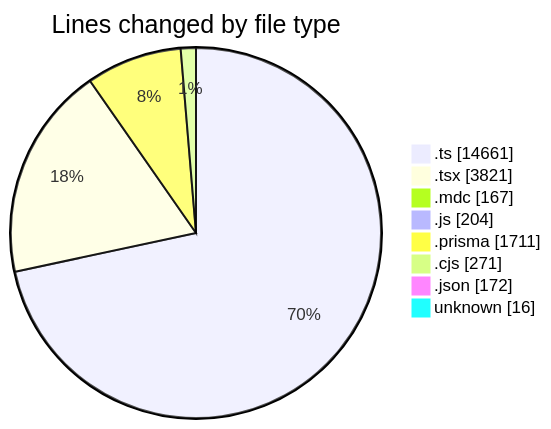
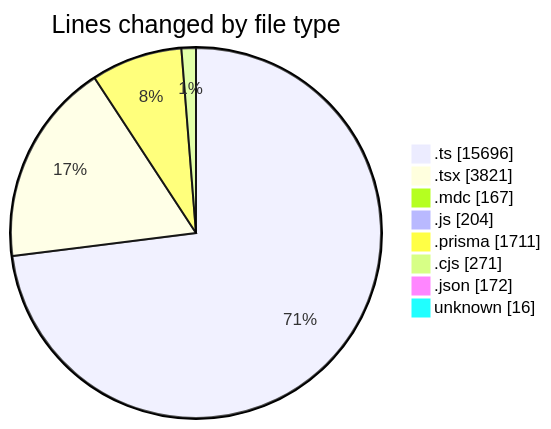
Before and after one commit to CELIANVF/code-tracking: the first of 2 diagrams in 2025-06-06/ecodeli-1/README.md, drawn with Mermaid. The commit also changed other lines of this file and 1 other file, not shown here.

````diff
--- a/2025-06-06/ecodeli-1/README.md
+++ b/2025-06-06/ecodeli-1/README.md
@@ -83,12 +87,12 @@
 ```mermaid
 pie showData
 title Lines changed by file type
-".ts" : 14661
+".ts" : 15696
 ".tsx" : 3821
 ".mdc" : 167
 ".js" : 204
 ".prisma" : 1711
 ".cjs" : 271
 ".json" : 172
 "unknown" : 16
 ```
````
